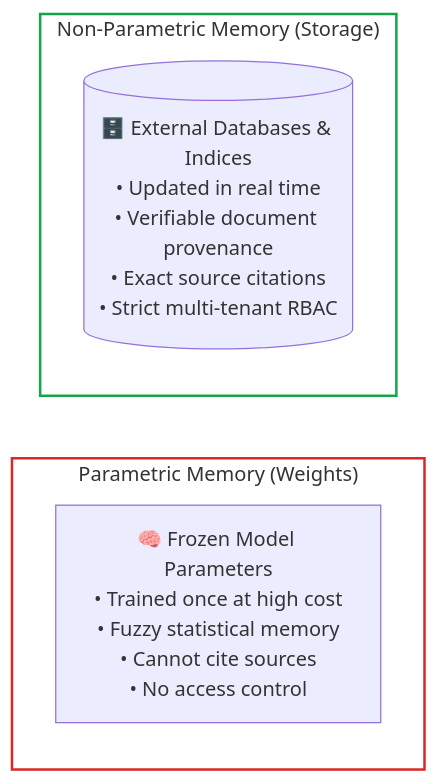
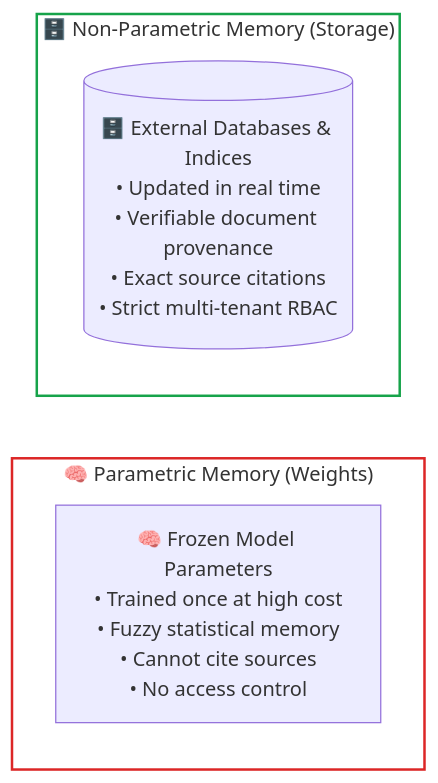
Before and after one commit to dip4k/senior-engineer-to-ai-engineer-roadmap: the first of 3 diagrams in 02-rag-and-knowledge-systems/00-rag-fundamentals-and-retrieval-architectures.md, drawn with Mermaid. The commit also changed other lines of this file and 94 other files, not shown here.

Commit message:
refactor(curriculum): complete Phase 04 upgrade and enforce diagram renderer invariants

````diff
--- a/02-rag-and-knowledge-systems/00-rag-fundamentals-and-retrieval-architectures.md
+++ b/02-rag-and-knowledge-systems/00-rag-fundamentals-and-retrieval-architectures.md
@@ -51,13 +51,13 @@
 ```mermaid
 flowchart LR
-    subgraph Parametric["Parametric Memory (Weights)"]
+    subgraph Parametric["🧠 Parametric Memory (Weights)"]
         W["🧠 Frozen Model Parameters<br>• Trained once at high cost<br>• Fuzzy statistical memory<br>• Cannot cite sources<br>• No access control"]
     end
 
-    subgraph NonParametric["Non-Parametric Memory (Storage)"]
+    subgraph NonParametric["🗄️ Non-Parametric Memory (Storage)"]
         D[("🗄️ External Databases & Indices<br>• Updated in real time<br>• Verifiable document provenance<br>• Exact source citations<br>• Strict multi-tenant RBAC")]
     end
 
     style Parametric fill:none,stroke:#dc2626,stroke-width:2px
     style NonParametric fill:none,stroke:#16a34a,stroke-width:2px
 ```
````
